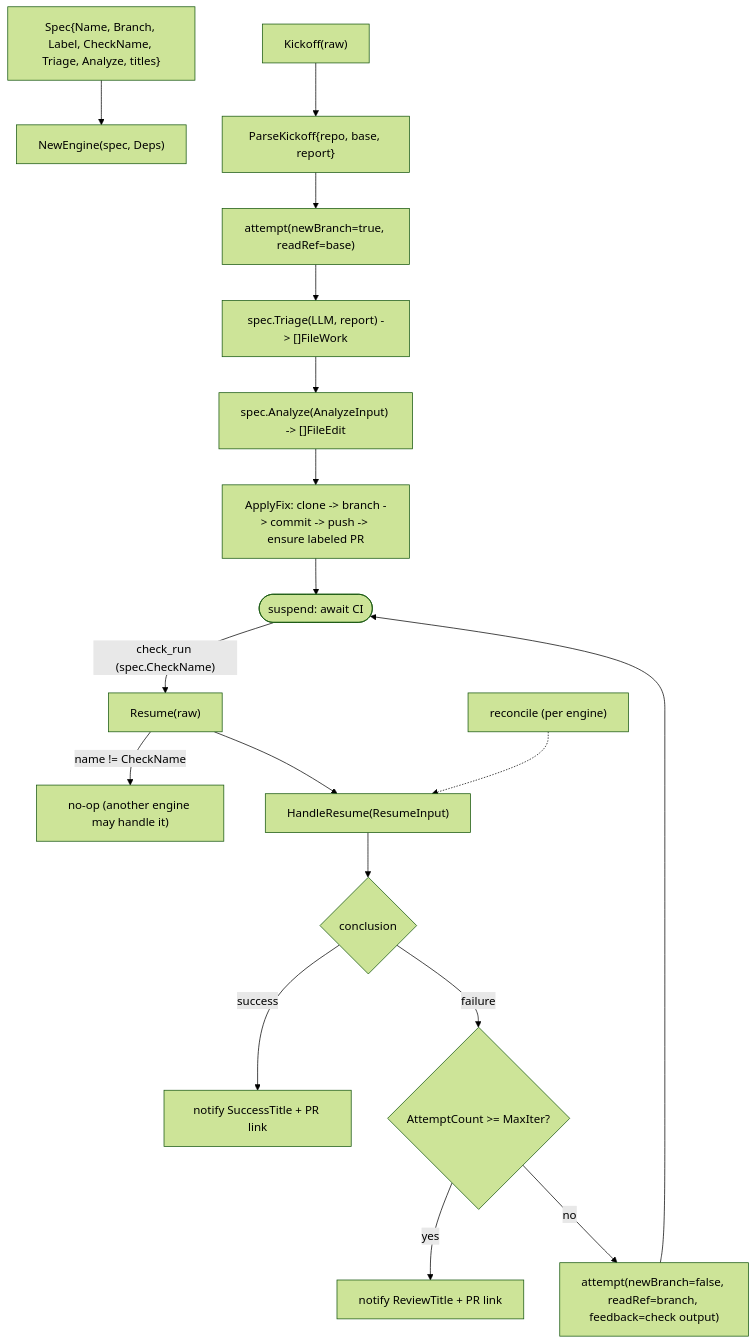
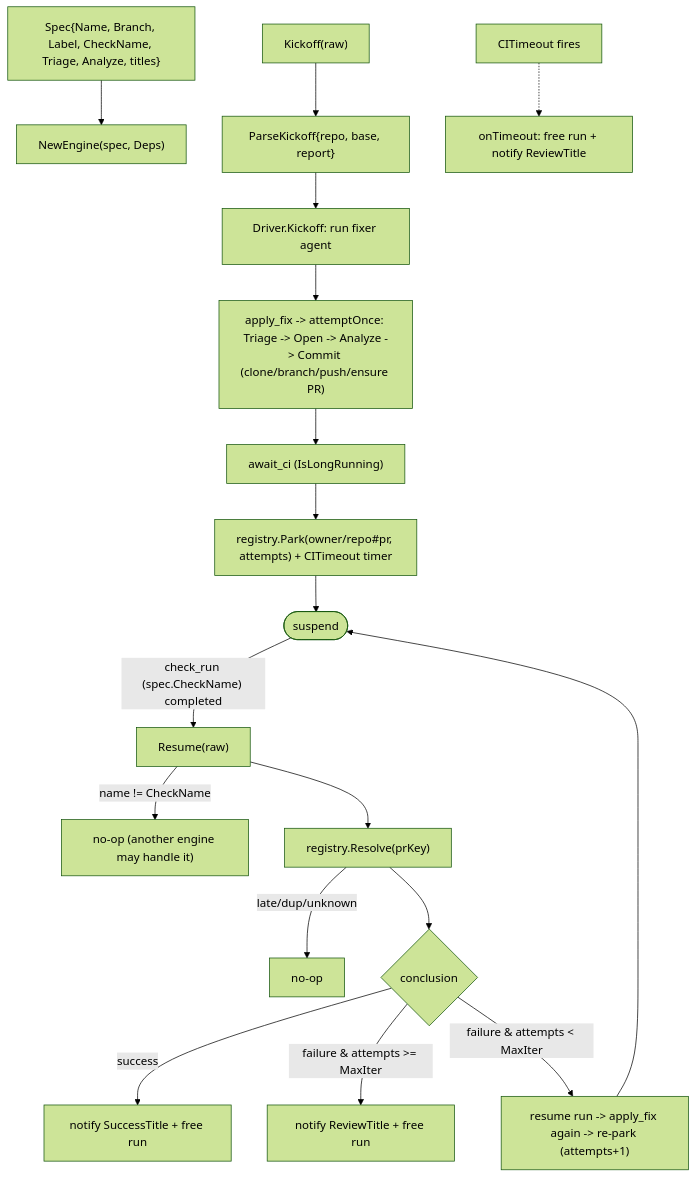
Before and after one commit to jkjamies/automation-agent: the diagram in internal/agent/fixflow/AGENTS.md, drawn with Mermaid (forest theme). The commit also changed other lines of this file and 8 other files, not shown here.

````diff
--- a/internal/agent/fixflow/AGENTS.md
+++ b/internal/agent/fixflow/AGENTS.md
@@ -12,21 +23,21 @@
 ```mermaid
 flowchart TD
     Spec["Spec{Name, Branch, Label, CheckName, Triage, Analyze, titles}"] --> E["NewEngine(spec, Deps)"]
     K["Kickoff(raw)"] --> KP["ParseKickoff{repo, base, report}"]
-    KP --> Att["attempt(newBranch=true, readRef=base)"]
-    Att --> T["spec.Triage(LLM, report) -> []FileWork"]
-    T --> A["spec.Analyze(AnalyzeInput) -> []FileEdit"]
-    A --> AF["ApplyFix: clone -> branch -> commit -> push -> ensure labeled PR"]
-    AF --> SUS(["suspend: await CI"])
+    KP --> DK["Driver.Kickoff: run fixer agent"]
+    DK --> AF["apply_fix -> attemptOnce: Triage -> Open -> Analyze -> Commit (clone/branch/push/ensure PR)"]
+    AF --> AW["await_ci (IsLongRunning)"]
+    AW --> PK["registry.Park(owner/repo#pr, attempts) + CITimeout timer"]
+    PK --> SUS(["suspend"])
 
-    SUS -->|"check_run (spec.CheckName)"| R["Resume(raw)"]
+    SUS -->|"check_run (spec.CheckName) completed"| R["Resume(raw)"]
     R -->|"name != CheckName"| NO["no-op (another engine may handle it)"]
-    R --> HR["HandleResume(ResumeInput)"]
-    Recon["reconcile (per engine)"] -.-> HR
-    HR --> C{conclusion}
-    C -->|success| OK["notify SuccessTitle + PR link"]
-    C -->|failure| AT{"AttemptCount >= MaxIter?"}
-    AT -->|yes| HRV["notify ReviewTitle + PR link"]
-    AT -->|no| RT["attempt(newBranch=false, readRef=branch, feedback=check output)"]
+    R --> RES["registry.Resolve(prKey)"]
+    RES -->|"late/dup/unknown"| NO2["no-op"]
+    RES --> C{conclusion}
+    C -->|success| OK["notify SuccessTitle + free run"]
+    C -->|failure & attempts >= MaxIter| HRV["notify ReviewTitle + free run"]
+    C -->|failure & attempts < MaxIter| RT["resume run -> apply_fix again -> re-park (attempts+1)"]
     RT --> SUS
+    TO["CITimeout fires"] -.-> TON["onTimeout: free run + notify ReviewTitle"]
 ```
````
